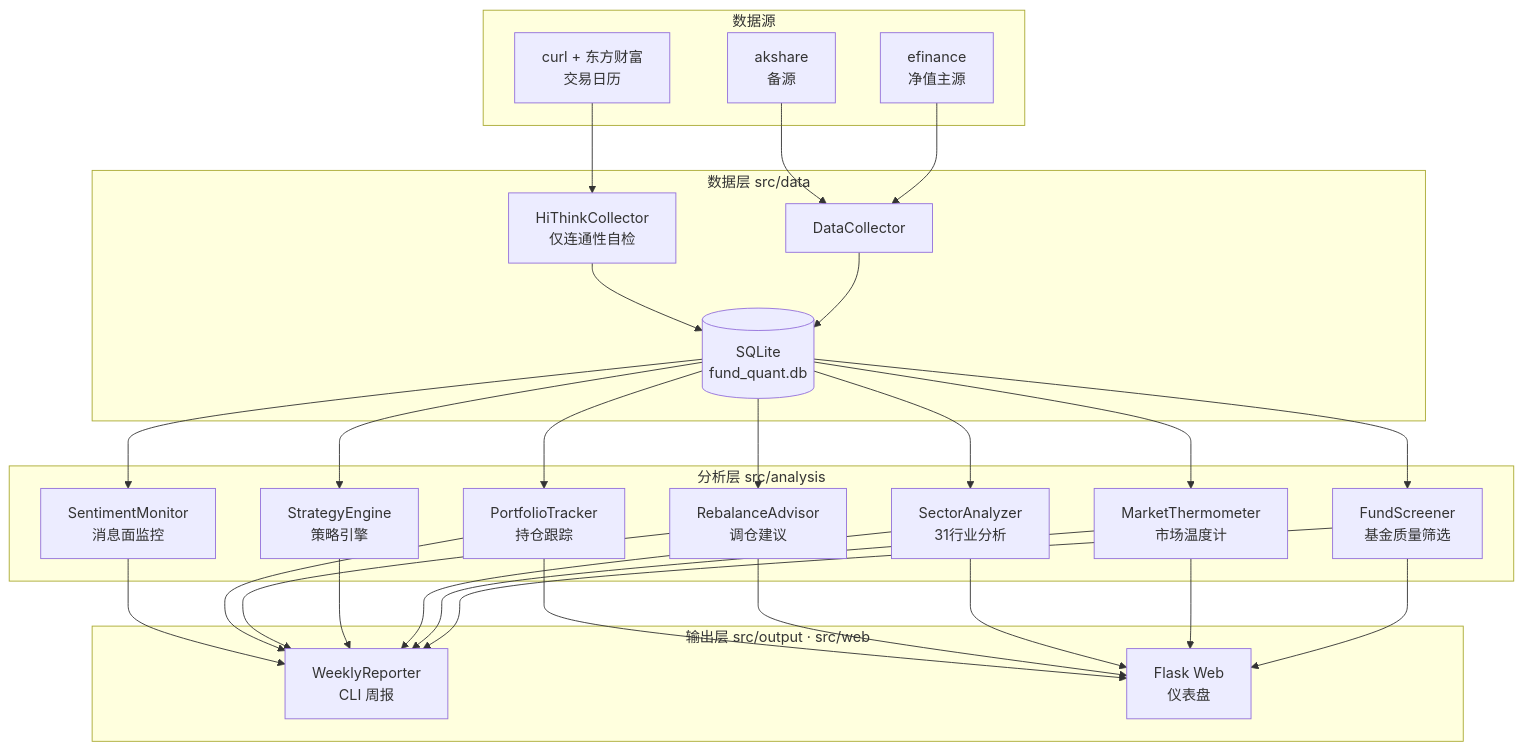
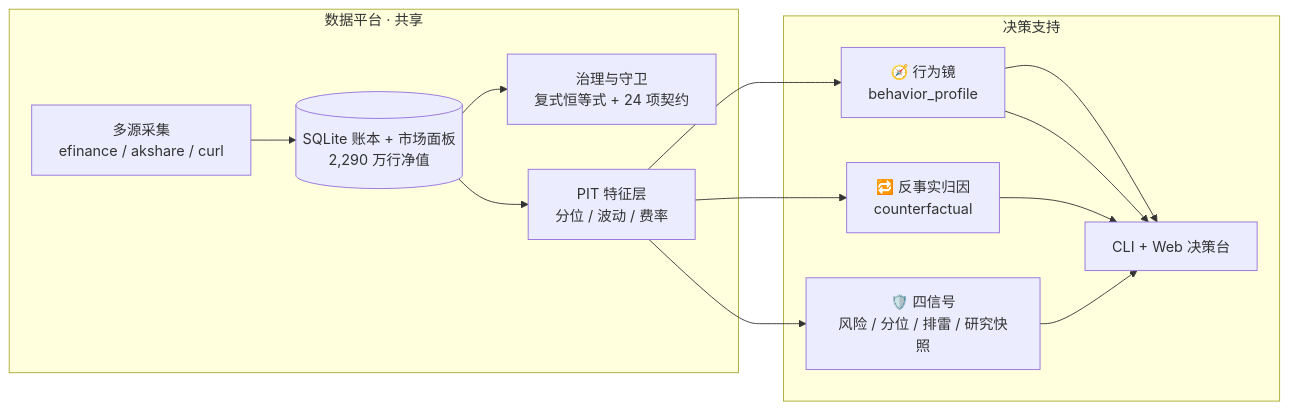
Before and after one commit to Mo12y/Quantitative-Fund-auto: the diagram in README.md, drawn with Mermaid. The commit also changed other lines of this file and 3 other files, not shown here.

````diff
--- a/README.md
+++ b/README.md
@@ -205,37 +202,16 @@
 ```mermaid
-flowchart TD
-    subgraph DS[数据源]
-        A1[efinance<br/>净值主源]
-        A2[akshare<br/>备源]
-        A3[curl + 东方财富<br/>交易日历]
+flowchart LR
+    subgraph L1[数据平台 · 共享]
+        A[多源采集<br/>efinance / akshare / curl] --> B[(SQLite 账本 + 市场面板<br/>2,290 万行净值)]
+        B --> C[治理与守卫<br/>复式恒等式 + 24 项契约]
+        B --> D[PIT 特征层<br/>分位 / 波动 / 费率]
     end
 
-    subgraph DL[数据层 src/data]
-        B1[DataCollector]
-        B2[HiThinkCollector<br/>仅连通性自检]
-        B3[(SQLite<br/>fund_quant.db)]
+    subgraph L2[决策支持]
+        E[🧭 行为镜<br/>behavior_profile] --> H[CLI + Web 决策台]
+        F[🔁 反事实归因<br/>counterfactual]
+        G[🛡️ 四信号<br/>风险 / 分位 / 排雷 / 研究快照]
+        E & F & G --> H
+        D --> E & F & G
     end
-
-    subgraph AL[分析层 src/analysis]
-        C1[FundScreener<br/>基金质量筛选]
-        C2[MarketThermometer<br/>市场温度计]
-        C3[SectorAnalyzer<br/>31行业分析]
-        C4[StrategyEngine<br/>策略引擎]
-        C5[RebalanceAdvisor<br/>调仓建议]
-        C6[PortfolioTracker<br/>持仓跟踪]
-        C7[SentimentMonitor<br/>消息面监控]
-    end
-
-    subgraph OL[输出层 src/output · src/web]
-        D1[WeeklyReporter<br/>CLI 周报]
-        D2[Flask Web<br/>仪表盘]
-    end
-
-    A1 --> B1
-    A2 --> B1
-    A3 --> B2
-    B1 & B2 --> B3
-    B3 --> C1 & C2 & C3 & C4 & C5 & C6 & C7
-    C1 & C2 & C3 & C4 & C5 & C6 & C7 --> D1
-    C1 & C2 & C3 & C5 & C6 --> D2
 ```
````
